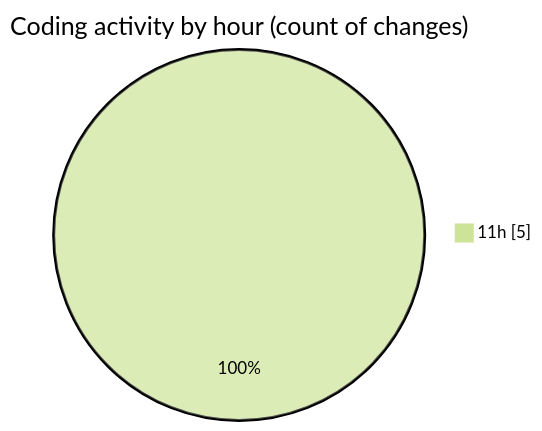
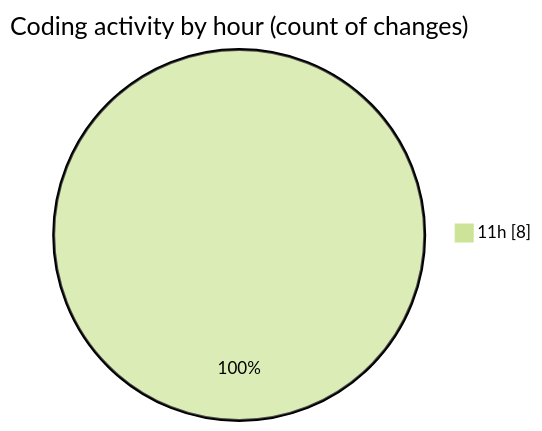
The second of 2 diagrams in 2025-08-07/heroui/README.md (EIIisD/code-tracking), drawn with Mermaid (forest theme) before and after one commit. The commit also changed other lines of this file and 1 other file, not shown here.

````diff
--- a/2025-08-07/heroui/README.md
+++ b/2025-08-07/heroui/README.md
@@ -32,5 +32,5 @@
 ```mermaid
 pie showData
 title Coding activity by hour (count of changes)
-"11h" : 5
+"11h" : 8
 ```
````
